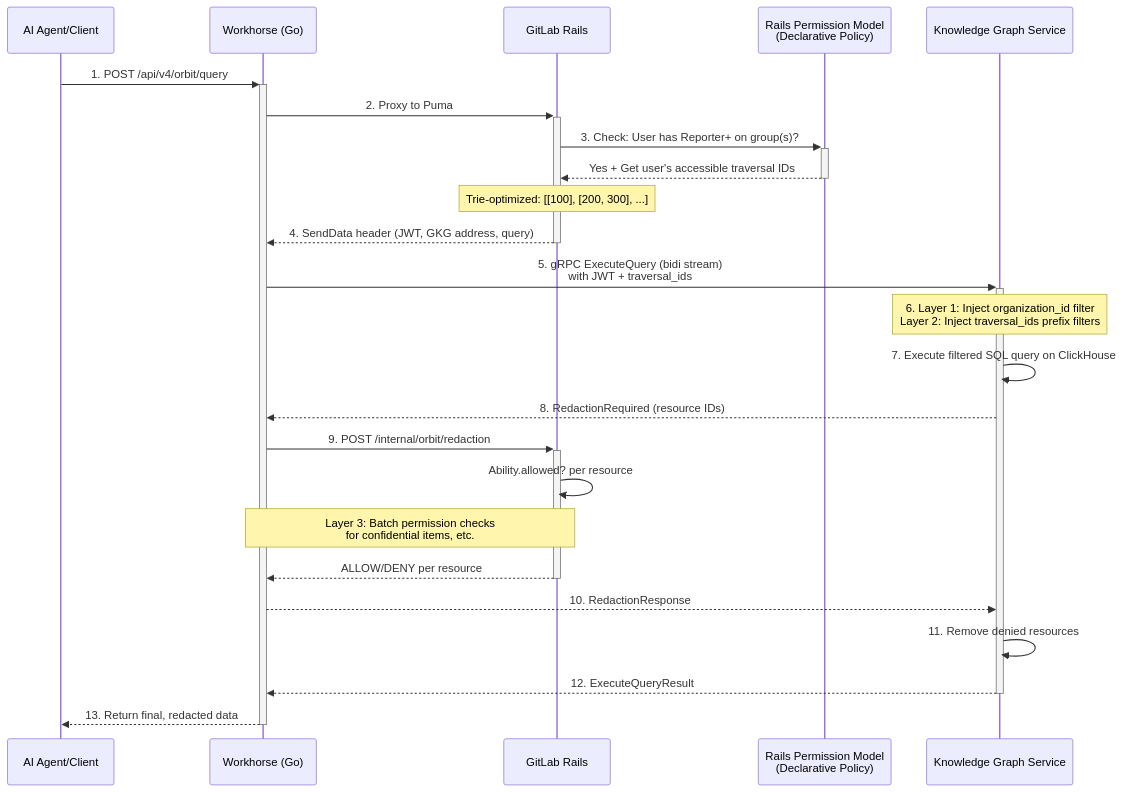
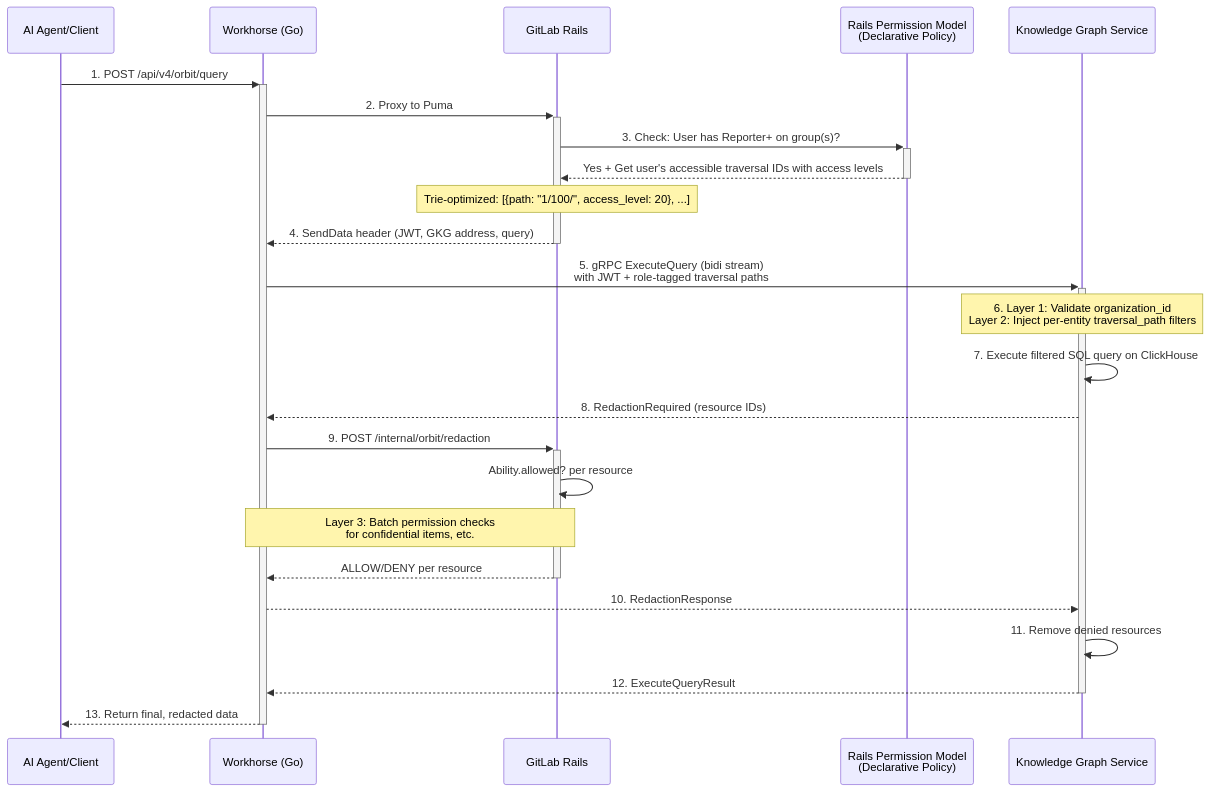
The first of 4 diagrams in docs/design-documents/security.md (gitlabhq/orbit-knowledge-graph), drawn with Mermaid before and after one commit. The commit also changed other lines of this file and 34 other files, not shown here.

First line of the commit message:
fix(compiler): reapply per-entity role scoping

````diff
--- a/docs/design-documents/security.md
+++ b/docs/design-documents/security.md
@@ -26,30 +27,30 @@
 ```mermaid
 sequenceDiagram
     participant Client as AI Agent/Client
     participant Workhorse as Workhorse (Go)
     participant Rails as GitLab Rails
     participant AuthZ as Rails Permission Model<br/>(Declarative Policy)
     participant GKG as Knowledge Graph Service
 
     Client->>+Workhorse: 1. POST /api/v4/orbit/query
     Workhorse->>+Rails: 2. Proxy to Puma
     Rails->>+AuthZ: 3. Check: User has Reporter+ on group(s)?
-    AuthZ-->>-Rails: Yes + Get user's accessible traversal IDs
-    Note over Rails: Trie-optimized: [[100], [200, 300], ...]
+    AuthZ-->>-Rails: Yes + Get user's accessible traversal IDs with access levels
+    Note over Rails: Trie-optimized: [{path: "1/100/", access_level: 20}, ...]
     Rails-->>-Workhorse: 4. SendData header (JWT, GKG address, query)
 
-    Workhorse->>+GKG: 5. gRPC ExecuteQuery (bidi stream)<br/>with JWT + traversal_ids
-    Note over GKG: 6. Layer 1: Inject organization_id filter<br/>Layer 2: Inject traversal_ids prefix filters
+    Workhorse->>+GKG: 5. gRPC ExecuteQuery (bidi stream)<br/>with JWT + role-tagged traversal paths
+    Note over GKG: 6. Layer 1: Validate organization_id<br/>Layer 2: Inject per-entity traversal_path filters
     GKG->>GKG: 7. Execute filtered SQL query on ClickHouse
 
     GKG-->>Workhorse: 8. RedactionRequired (resource IDs)
     Workhorse->>+Rails: 9. POST /internal/orbit/redaction
     Rails->>Rails: Ability.allowed? per resource
     Note over Workhorse, Rails: Layer 3: Batch permission checks<br/>for confidential items, etc.
     Rails-->>-Workhorse: ALLOW/DENY per resource
     Workhorse-->>GKG: 10. RedactionResponse
 
     GKG->>GKG: 11. Remove denied resources
     GKG-->>-Workhorse: 12. ExecuteQueryResult
     Workhorse-->>-Client: 13. Return final, redacted data
 ```
````
